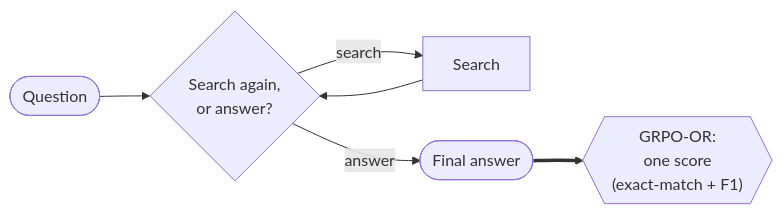
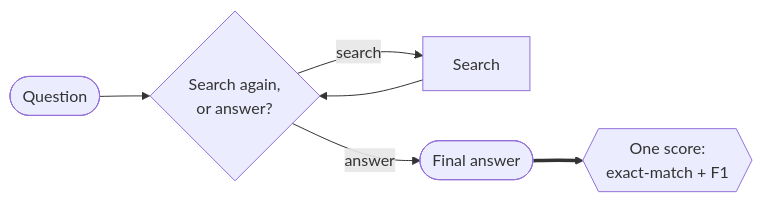
The first of 3 diagrams in README.md (redswimmer/grpo-turn-level-rewards), drawn with Mermaid before and after one commit. The commit also changed other lines of this file, not shown here.

First line of the commit message:
README: fix MT-GRPO mislabeled as "the" true-step-reward mechanism

````diff
--- a/README.md
+++ b/README.md
@@ -22,8 +27,8 @@
 ```mermaid
 flowchart LR
     Q1(["Question"]) --> D1{"Search again,<br/>or answer?"}
     D1 -- search --> S1["Search"]
     S1 --> D1
     D1 -- answer --> A1(["Final answer"])
-    A1 ==> R1{{"GRPO-OR:<br/>one score<br/>(exact-match + F1)"}}
+    A1 ==> R1{{"One score:<br/>exact-match + F1"}}
 ```
````
